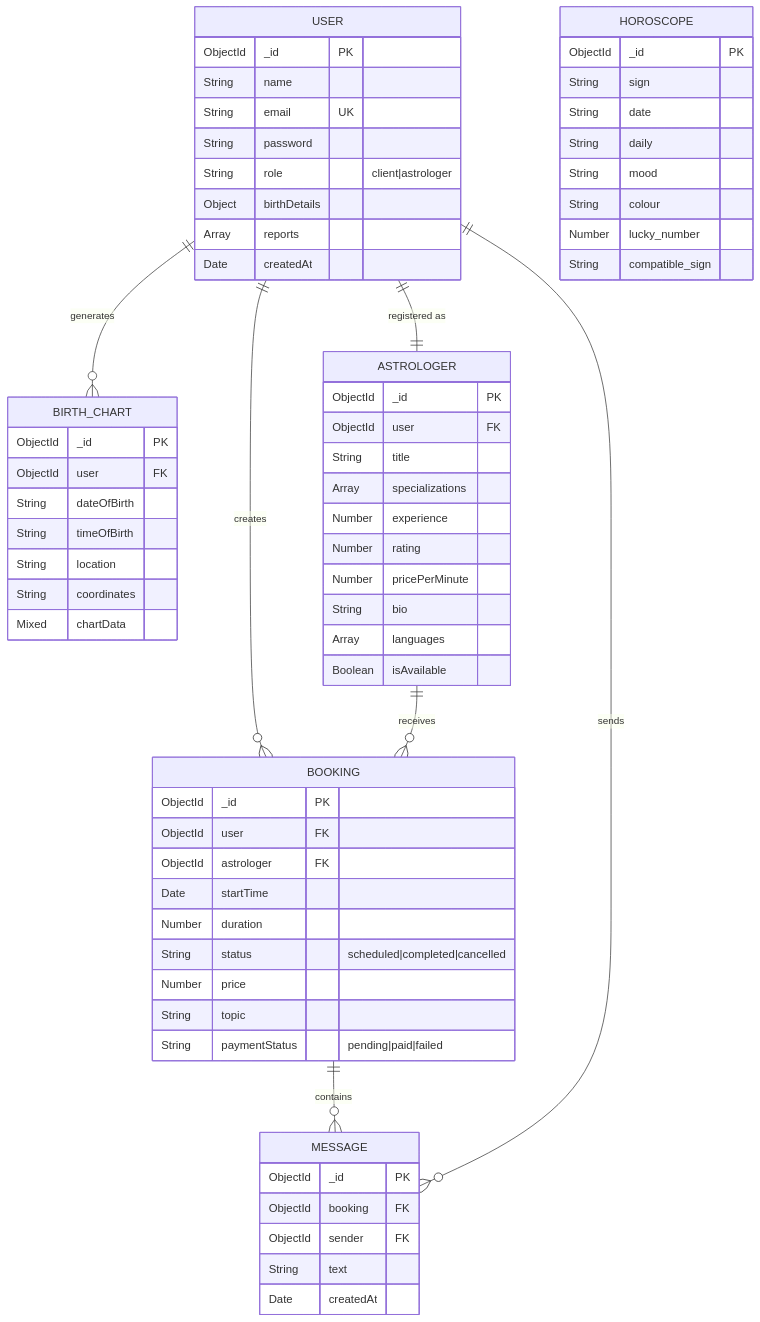
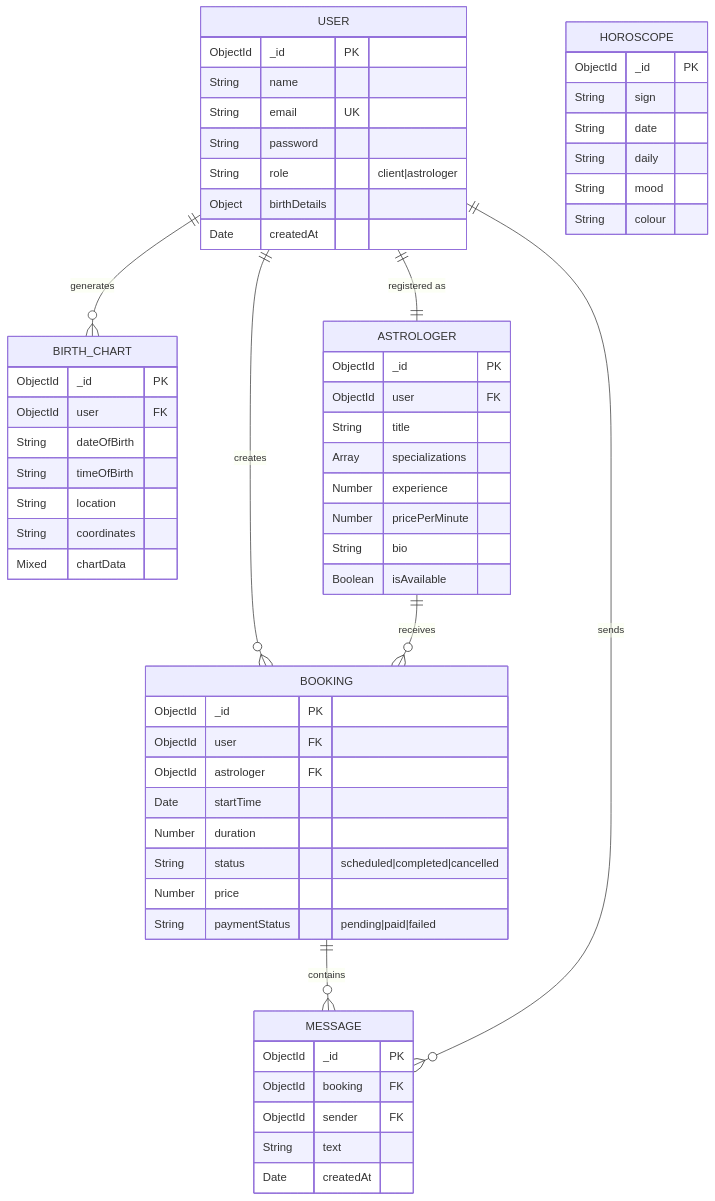
The third of 7 diagrams in docs/Capstone_Project_Report.md (KISHOR403/ASTROTALK), drawn with Mermaid before and after one commit. The commit also changed other lines of this file, not shown here.

Commit message:
Update Capstone Report: Add academic tone, Tech Stack architecture diagram, and Conclusion

````diff
--- a/docs/Capstone_Project_Report.md
+++ b/docs/Capstone_Project_Report.md
@@ -187,76 +260,70 @@
 ```mermaid
 erDiagram
     USER ||--o{ BOOKING : "creates"
     USER ||--o{ BIRTH_CHART : "generates"
     USER ||--|| ASTROLOGER : "registered as"
     
     ASTROLOGER ||--o{ BOOKING : "receives"
     
     BOOKING ||--o{ MESSAGE : "contains"
     USER ||--o{ MESSAGE : "sends"
 
     USER {
         ObjectId _id PK
         String name
         String email UK
         String password
         String role "client|astrologer"
         Object birthDetails
-        Array reports
         Date createdAt
     }
 
     ASTROLOGER {
         ObjectId _id PK
         ObjectId user FK
         String title
         Array specializations
         Number experience
-        Number rating
         Number pricePerMinute
         String bio
-        Array languages
         Boolean isAvailable
     }
 
     BOOKING {
         ObjectId _id PK
         ObjectId user FK
         ObjectId astrologer FK
         Date startTime
         Number duration
         String status "scheduled|completed|cancelled"
         Number price
-        String topic
         String paymentStatus "pending|paid|failed"
     }
 
     MESSAGE {
         ObjectId _id PK
         ObjectId booking FK
         ObjectId sender FK
         String text
         Date createdAt
     }
 
     BIRTH_CHART {
         ObjectId _id PK
         ObjectId user FK
         String dateOfBirth
         String timeOfBirth
         String location
         String coordinates
         Mixed chartData
     }
 
     HOROSCOPE {
         ObjectId _id PK
         String sign
         String date
         String daily
         String mood
         String colour
-        Number lucky_number
-        String compatible_sign
     }
 ```
````
